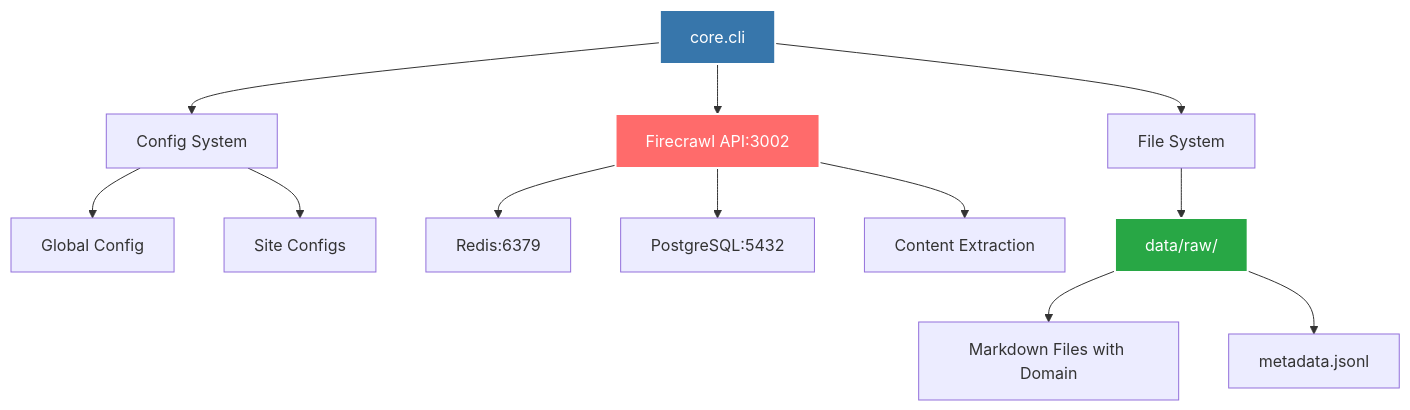
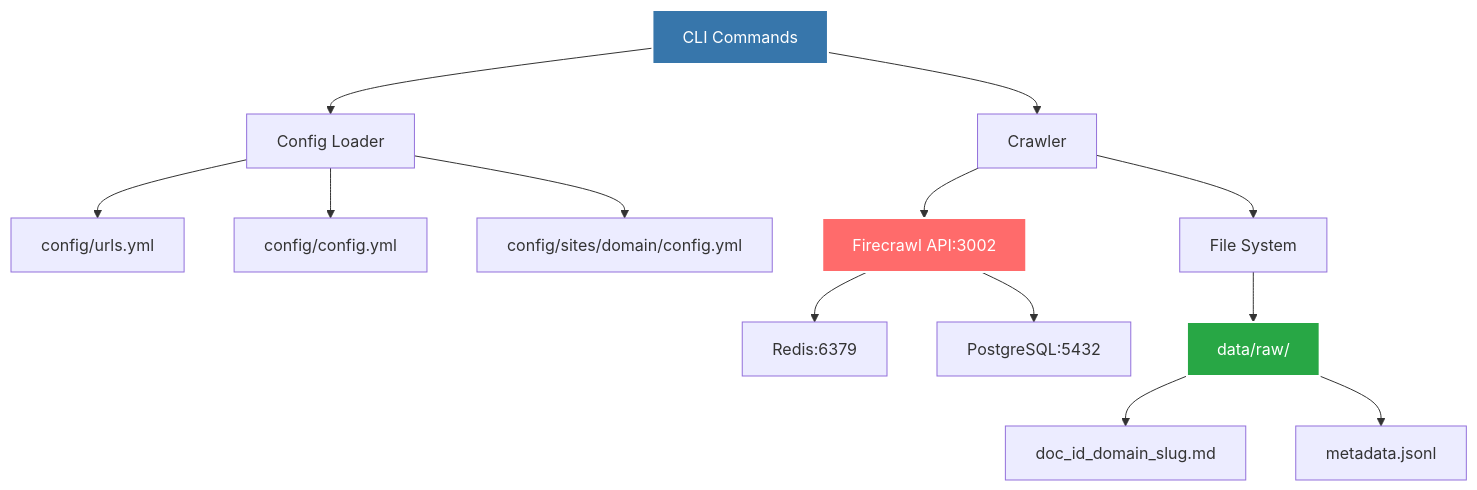
One commit to lopezbec/cocina-dominicana-crawl_Dominican_LLM_project changed the first of 6 diagrams in readme.markdown. Above: the diagram before and after it, drawn with Mermaid. The commit also changed other lines of this file, not shown here.

First line of the commit message:
docs: comprehensive README overhaul with diagrams and examples

````diff
--- a/readme.markdown
+++ b/readme.markdown
@@ -22,18 +22,19 @@
 ```mermaid
 graph TB
-    A[core.cli] --> B[Firecrawl API:3002]
-    A --> C[Config System]
-    C --> D[Global Config]
-    C --> E[Site Configs]
-    B --> F[Redis:6379]
-    B --> G[PostgreSQL:5432]
-    B --> H[Content Extraction]
-    A --> I[File System]
-    I --> J[data/raw/]
-    J --> K[Markdown Files with Domain]
-    J --> L[metadata.jsonl]
+    A[CLI Commands] --> B[Config Loader]
+    B --> C[config/urls.yml]
+    B --> D[config/config.yml]
+    B --> E[config/sites/domain/config.yml]
+    A --> F[Crawler]
+    F --> G[Firecrawl API:3002]
+    G --> H[Redis:6379]
+    G --> I[PostgreSQL:5432]
+    F --> J[File System]
+    J --> K[data/raw/]
+    K --> L[doc_id_domain_slug.md]
+    K --> M[metadata.jsonl]
     
     style A fill:#3776AB,stroke:#fff,stroke-width:2px,color:#fff
-    style B fill:#FF6B6B,stroke:#fff,stroke-width:2px,color:#fff
-    style J fill:#28a745,stroke:#fff,stroke-width:2px,color:#fff
+    style G fill:#FF6B6B,stroke:#fff,stroke-width:2px,color:#fff
+    style K fill:#28a745,stroke:#fff,stroke-width:2px,color:#fff
 ```
````
